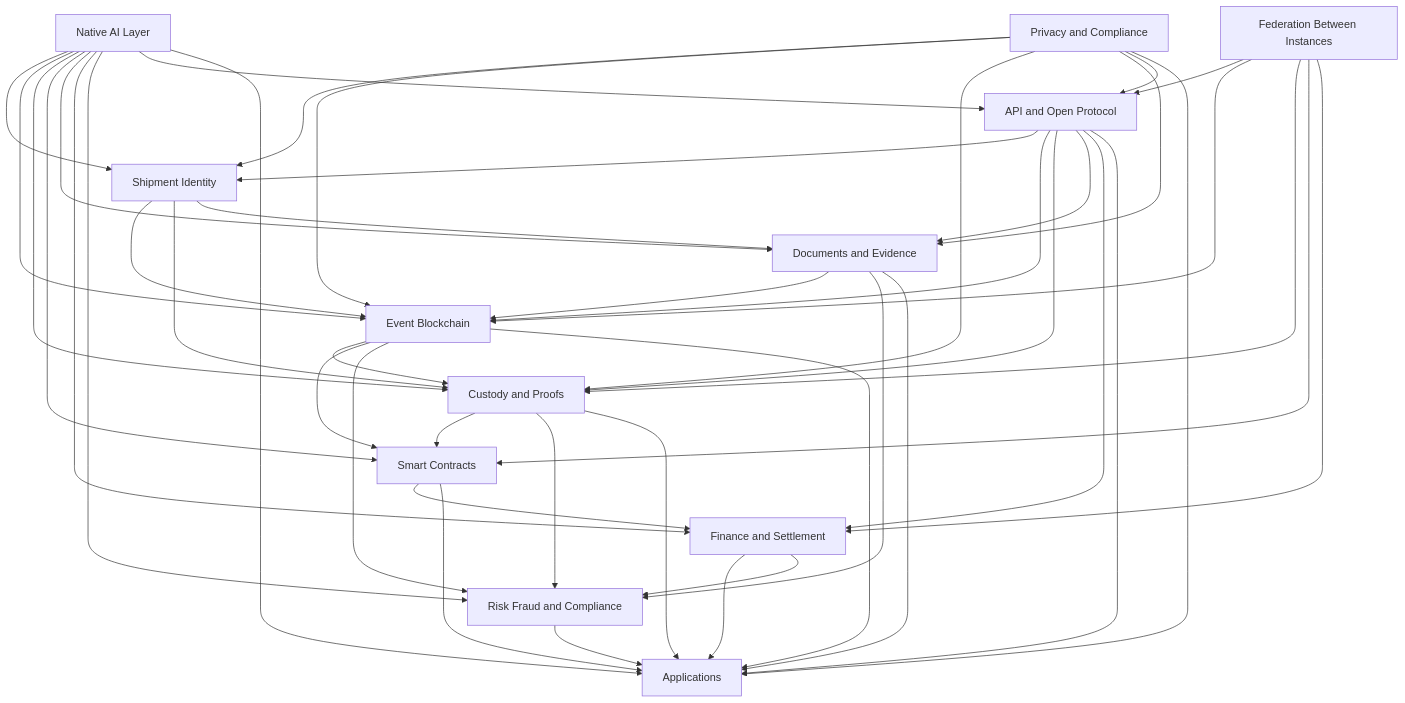
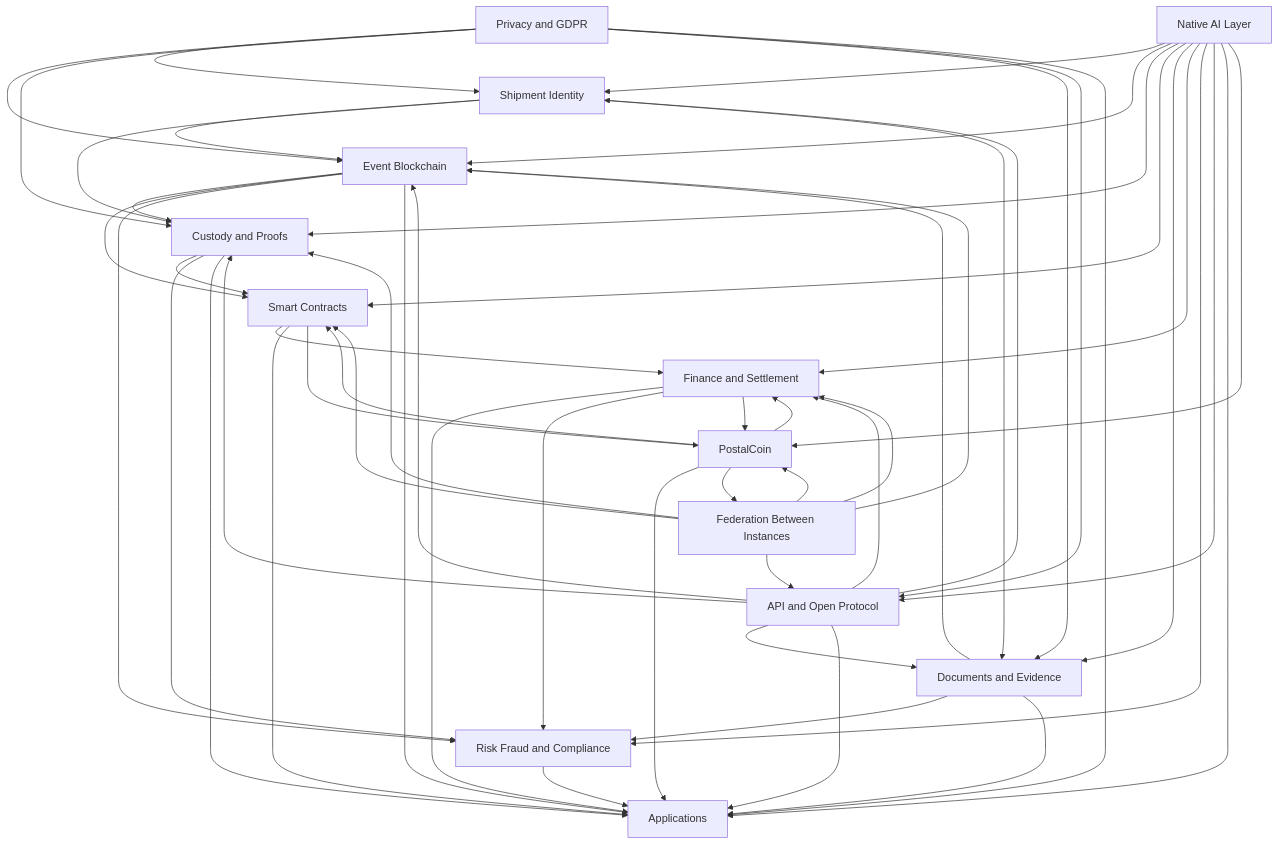
The second of 3 diagrams in OBSIDIAN_BRAIN_EN.md (danielbfs/PostalTrust), drawn with Mermaid before and after one commit. The commit also changed other lines of this file and 11 other files, not shown here.

Commit message:
docs: add PostalCoin thesis (RWA / Programmable Stamp) and integrate across all project documents

````diff
--- a/OBSIDIAN_BRAIN_EN.md
+++ b/OBSIDIAN_BRAIN_EN.md
@@ -64,57 +75,66 @@
 ```mermaid
 flowchart TD
     A[Shipment Identity] --> B[Event Blockchain]
     A --> C[Custody and Proofs]
     A --> E[Documents and Evidence]
 
     B --> C
     B --> D[Smart Contracts]
     B --> G[Risk Fraud and Compliance]
     B --> I[Applications]
 
     C --> D
     C --> G
     C --> I
 
     E --> B
     E --> G
     E --> I
 
     D --> F[Finance and Settlement]
     D --> I
+    D --> M[PostalCoin]
 
     F --> I
     F --> G
+    F --> M
 
     G --> I
 
     H[API and Open Protocol] --> A
     H --> B
     H --> C
     H --> E
     H --> F
     H --> I
 
     J[Native AI Layer] --> A
     J --> B
     J --> C
     J --> D
     J --> E
     J --> F
     J --> G
     J --> H
     J --> I
+    J --> M
 
-    K[Privacy and Compliance] --> A
+    K[Privacy and GDPR] --> A
     K --> B
     K --> C
     K --> E
     K --> H
     K --> I
 
     L[Federation Between Instances] --> H
     L --> B
     L --> C
     L --> D
     L --> F
+    L --> M
+
+    M --> D
+    M --> F
+    M --> I
+    M --> L
 ```
````
